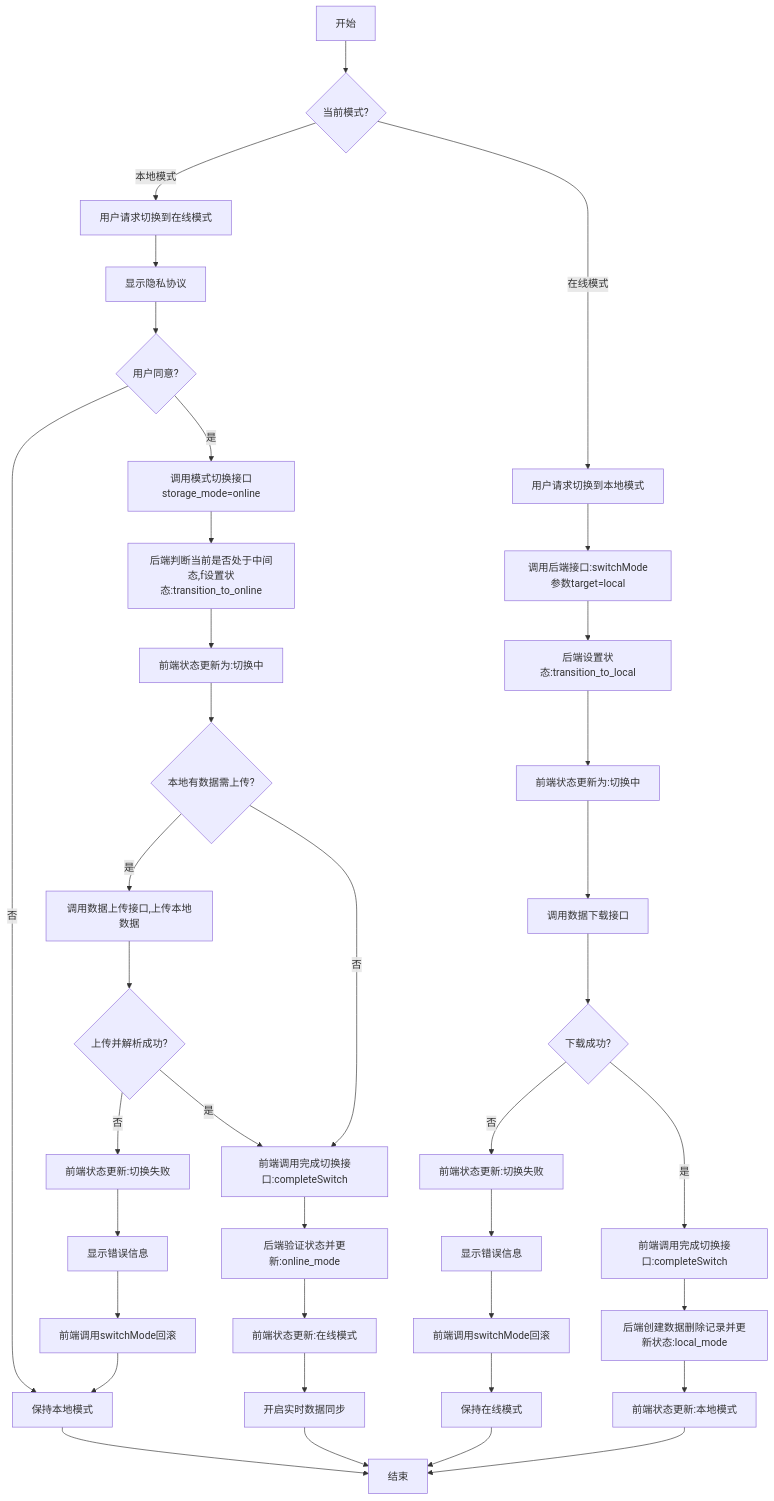
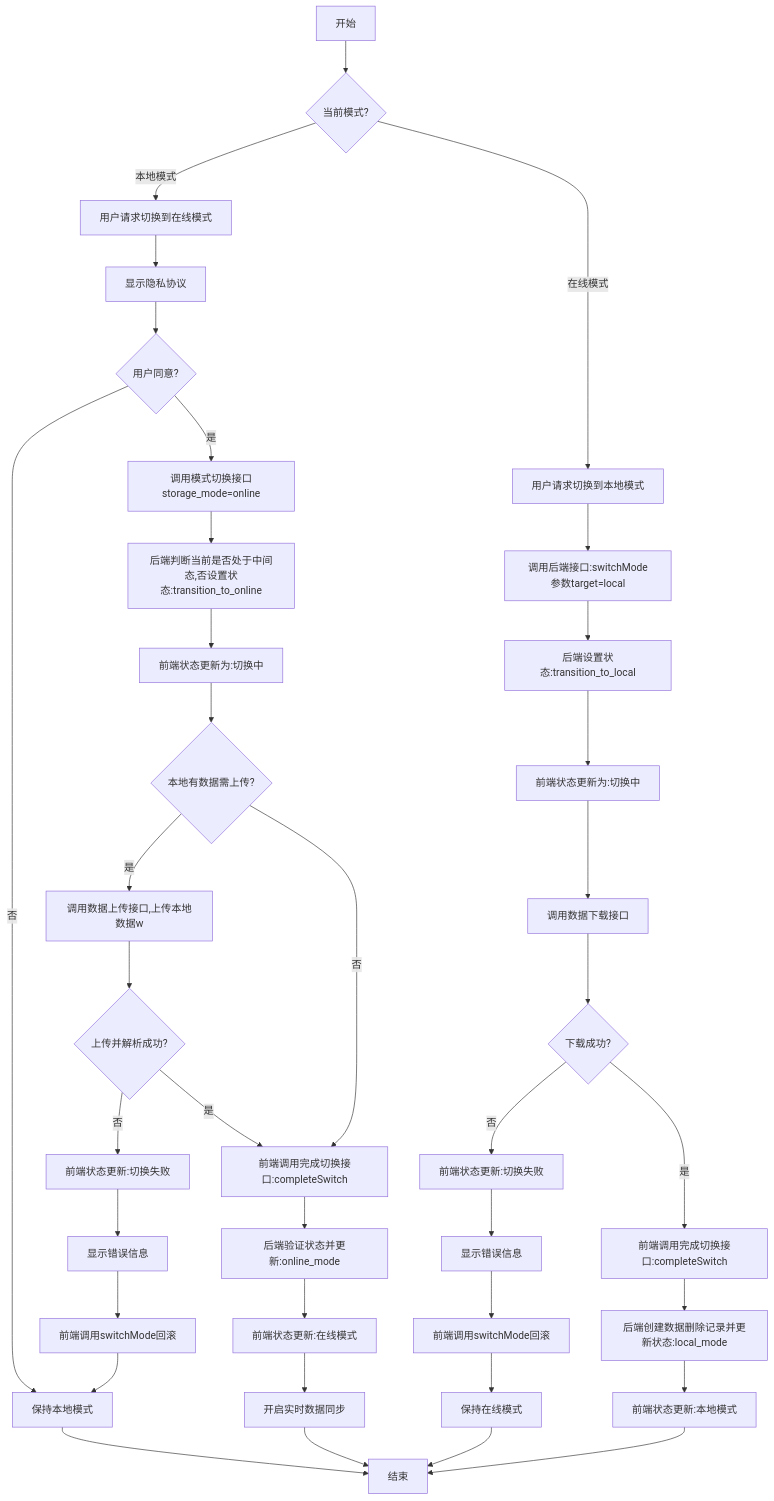
One commit to yingjianzh/iodraw-files changed the diagram in all/未命名-58.md. Above: the diagram before and after it, drawn with Mermaid.

Commit message:
2025-05-14 10:35:24 update

````diff
--- a/all/未命名-58.md
+++ b/all/未命名-58.md
@@ -1,51 +1,51 @@
 ```mermaid
 flowchart TD
     A[开始] --> B{当前模式?}
     
     %% 本地模式转在线模式
     B -->|本地模式| C[用户请求切换到在线模式]
     C --> D[显示隐私协议]
     D --> E{用户同意?}
     E -->|否| F[保持本地模式]
     F --> Z[结束]
     
     E -->|是| G[调用模式切换接口storage_mode=online]
-    G --> H[后端判断当前是否处于中间态,f设置状态:transition_to_online]
+    G --> H[后端判断当前是否处于中间态,否设置状态:transition_to_online]
     H --> I[前端状态更新为:切换中]
     
     I --> J{本地有数据需上传?}
     
-    J -->|是| L[调用数据上传接口,上传本地数据]
+    J -->|是| L[调用数据上传接口,上传本地数据w]
     L --> M{上传并解析成功?}
     M -->|否| O[前端状态更新:切换失败]
     O --> P[显示错误信息]
     P --> Q[前端调用switchMode回滚]
     Q --> F
     
     J -->|否| R[前端调用完成切换接口:completeSwitch]
     M -->|是| R
     
     R --> S[后端验证状态并更新:online_mode]
     S --> T[前端状态更新:在线模式]
     T --> U[开启实时数据同步]
     U --> Z
     
     %% 在线模式转本地模式
     B -->|在线模式| V[用户请求切换到本地模式]
     V --> W[调用后端接口:switchMode参数target=local]
     W --> X[后端设置状态:transition_to_local]
     X --> Y[前端状态更新为:切换中]
     
     Y --> Z1[调用数据下载接口]
     Z1 --> AA{下载成功?}
     AA -->|否| AB[前端状态更新:切换失败]
     AB --> AC[显示错误信息]
     AC --> AD[前端调用switchMode回滚]
     AD --> AE[保持在线模式]
     AE --> Z
     
     AA -->|是| AF[前端调用完成切换接口:completeSwitch]
     AF --> AG[后端创建数据删除记录并更新状态:local_mode]
     AG --> AH[前端状态更新:本地模式]
     AH --> Z
 ```
````
